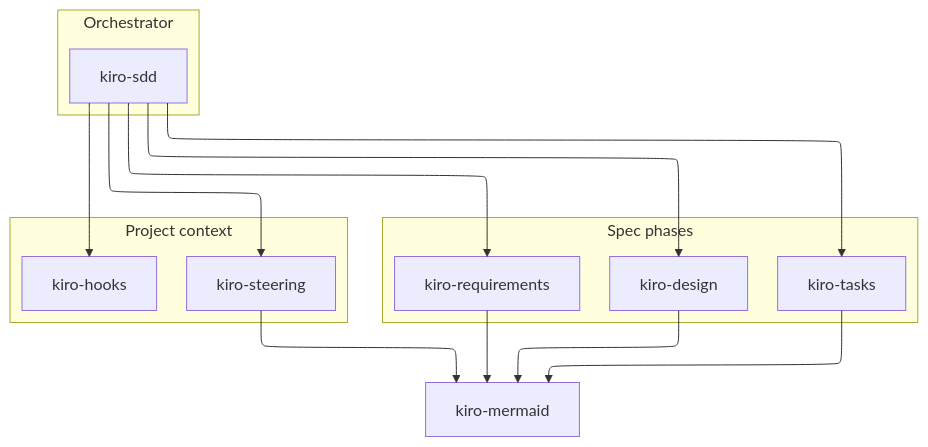
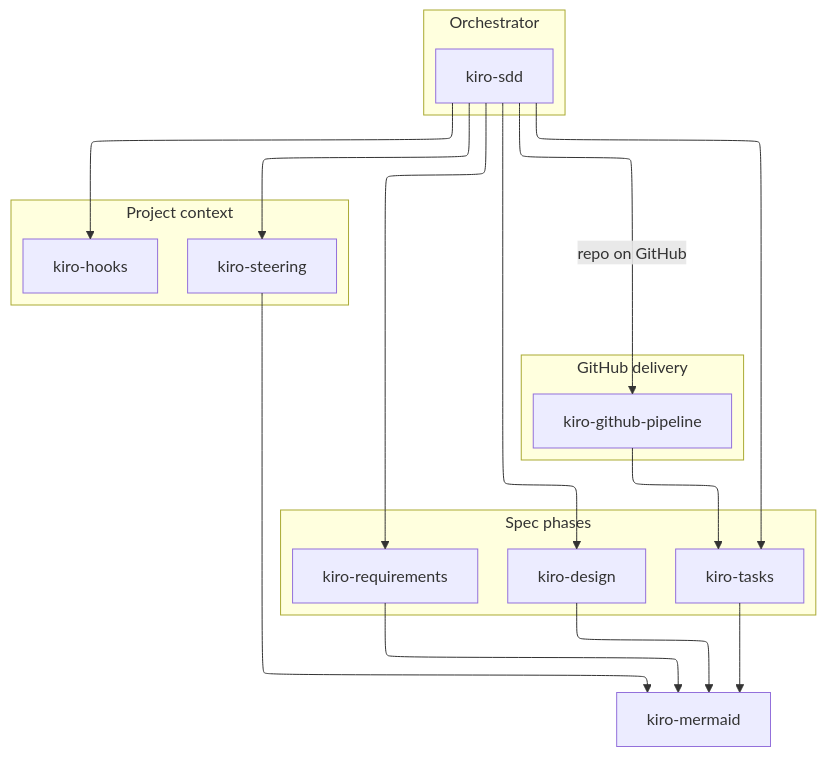
Before and after one commit to sohampatwardhan/kiro-sdd-skills: the first of 2 diagrams in README.md, drawn with Mermaid. The commit also changed other lines of this file, not shown here.

Commit message:
docs(readme): add kiro-github-pipeline to skills table and diagram

````diff
--- a/README.md
+++ b/README.md
@@ -7,29 +7,34 @@
 ```mermaid
 ---
 config:
   layout: elk
 ---
 flowchart TB
   subgraph orch [Orchestrator]
     sdd["kiro-sdd"]
   end
   subgraph phases [Spec phases]
     req["kiro-requirements"]
     design["kiro-design"]
     tasks["kiro-tasks"]
   end
   subgraph project [Project context]
     steering["kiro-steering"]
     hooks["kiro-hooks"]
   end
+  subgraph delivery [GitHub delivery]
+    pipeline["kiro-github-pipeline"]
+  end
   diagrams["kiro-mermaid"]
   sdd --> req
   sdd --> design
   sdd --> tasks
   sdd --> steering
   sdd --> hooks
+  sdd -->|"repo on GitHub"| pipeline
+  pipeline --> tasks
   req --> diagrams
   design --> diagrams
   tasks --> diagrams
   steering --> diagrams
 ```
````
